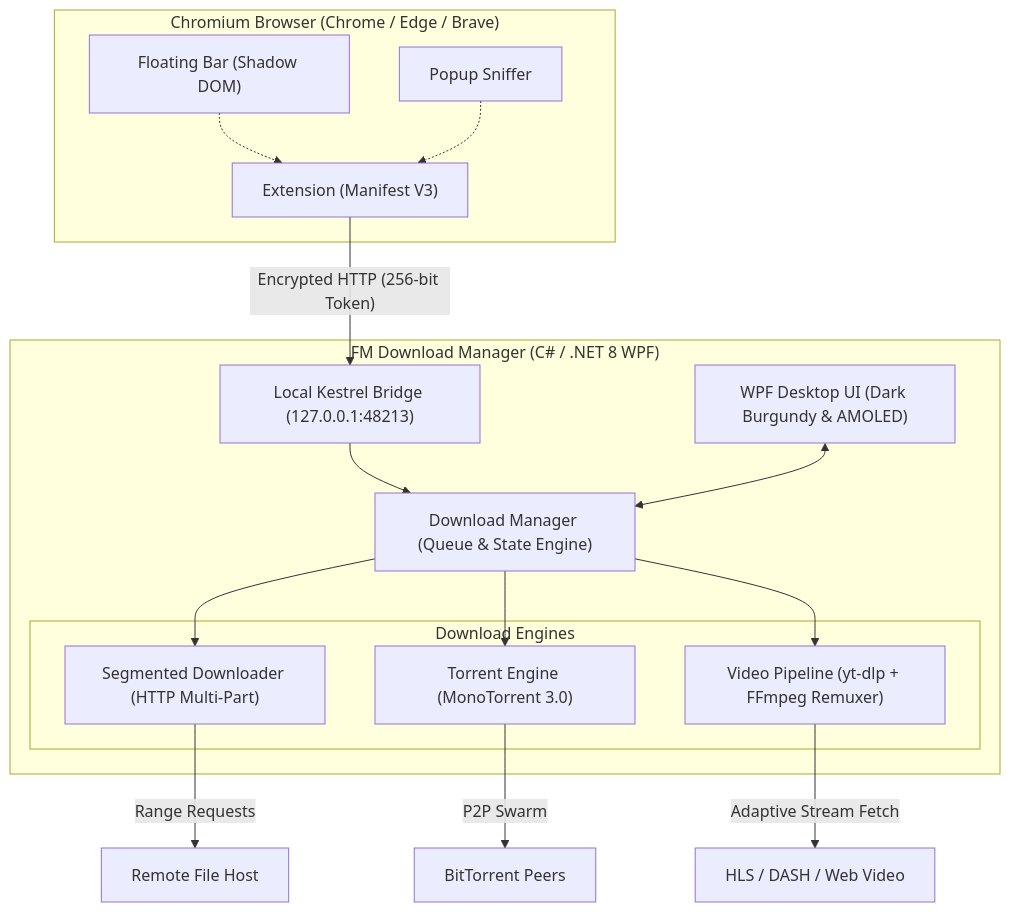
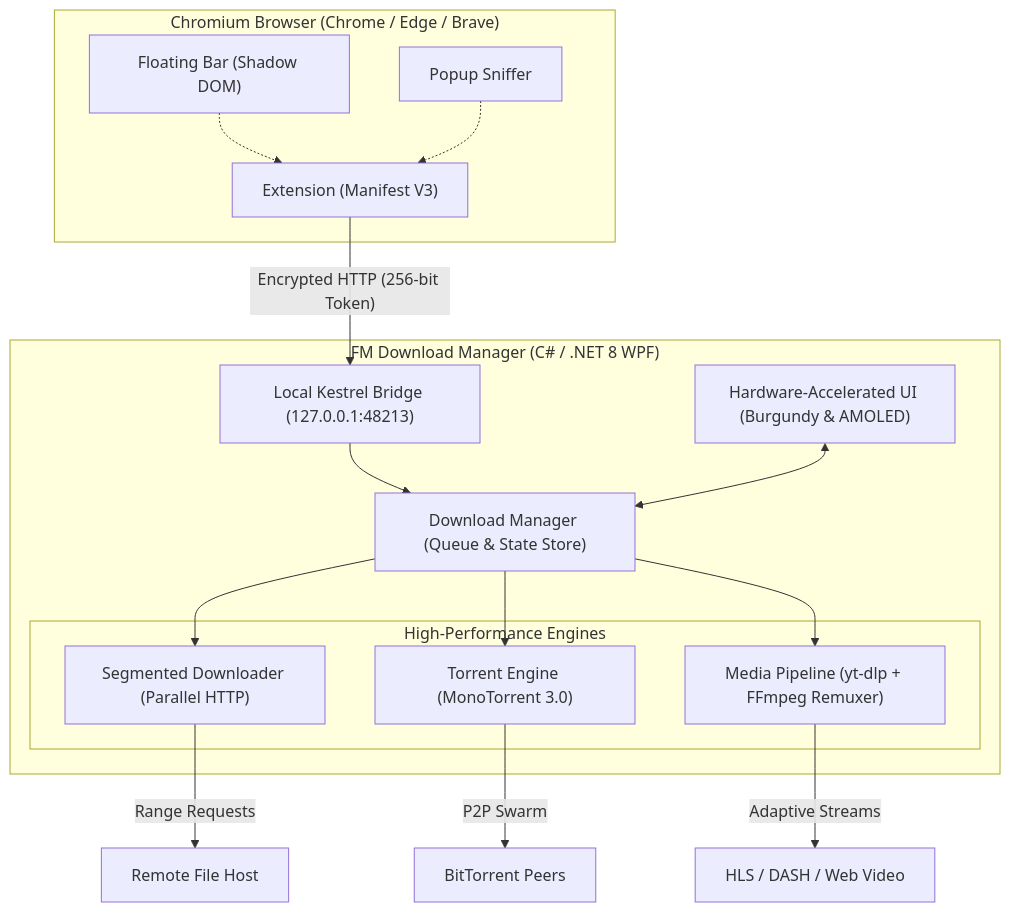
The diagram in README.md (Ferdi-krbk/fm-download-manager), drawn with Mermaid before and after one commit. The commit also changed other lines of this file and 3 other files, not shown here.

````diff
--- a/README.md
+++ b/README.md
@@ -104,32 +167,32 @@
 ```mermaid
 flowchart TD
     subgraph Browser["Chromium Browser (Chrome / Edge / Brave)"]
         EXT["Extension (Manifest V3)"]
         BAR["Floating Bar (Shadow DOM)"]
         POP["Popup Sniffer"]
     end
 
     subgraph Desktop["FM Download Manager (C# / .NET 8 WPF)"]
-        UI["WPF Desktop UI (Dark Burgundy & AMOLED)"]
+        UI["Hardware-Accelerated UI (Burgundy & AMOLED)"]
         BRIDGE["Local Kestrel Bridge (127.0.0.1:48213)"]
-        MGR["Download Manager (Queue & State Engine)"]
+        MGR["Download Manager (Queue & State Store)"]
         
-        subgraph Engines["Download Engines"]
-            SEG["Segmented Downloader (HTTP Multi-Part)"]
+        subgraph Engines["High-Performance Engines"]
+            SEG["Segmented Downloader (Parallel HTTP)"]
             TOR["Torrent Engine (MonoTorrent 3.0)"]
-            VID["Video Pipeline (yt-dlp + FFmpeg Remuxer)"]
+            VID["Media Pipeline (yt-dlp + FFmpeg Remuxer)"]
         end
     end
 
     EXT -- "Encrypted HTTP (256-bit Token)" --> BRIDGE
     BAR -.-> EXT
     POP -.-> EXT
     BRIDGE --> MGR
     UI <--> MGR
     MGR --> SEG
     MGR --> TOR
     MGR --> VID
     SEG -- "Range Requests" --> WebServer["Remote File Host"]
     TOR -- "P2P Swarm" --> P2P["BitTorrent Peers"]
-    VID -- "Adaptive Stream Fetch" --> MediaHost["HLS / DASH / Web Video"]
+    VID -- "Adaptive Streams" --> MediaHost["HLS / DASH / Web Video"]
 ```
````
